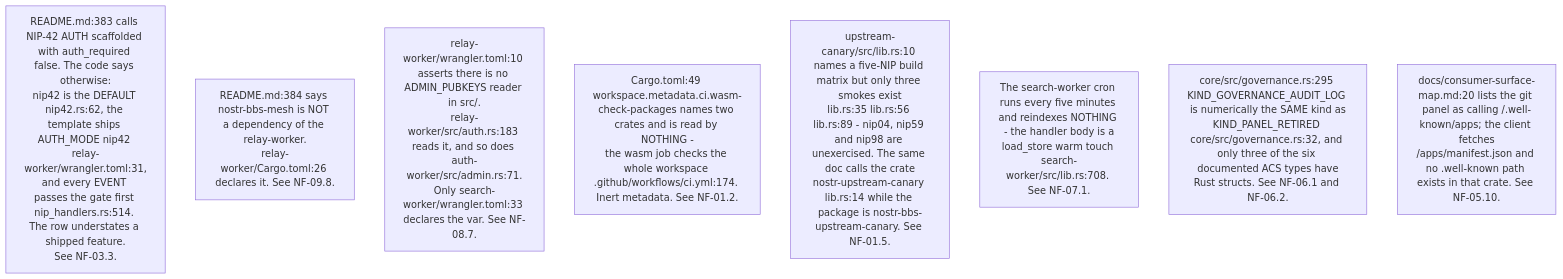
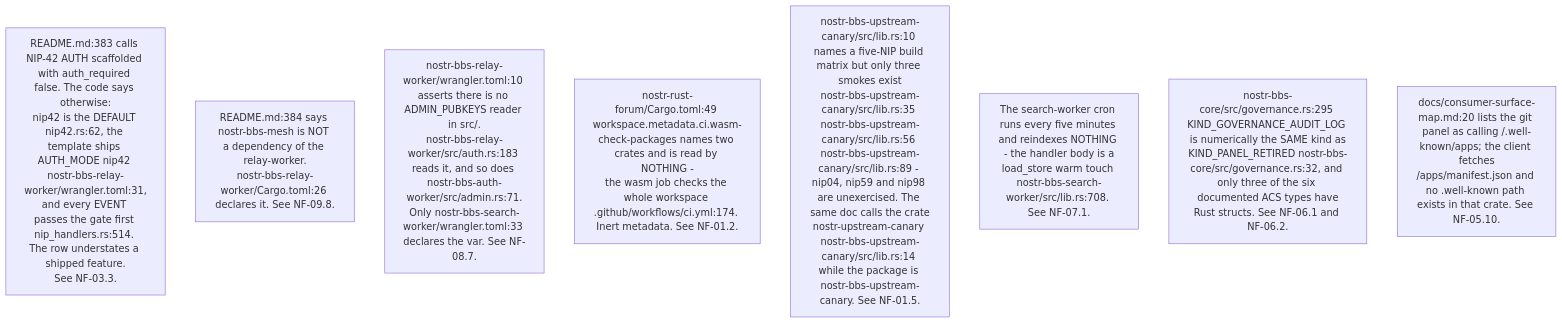
One commit to DreamLab-AI/VisionFlow changed the sixth of 10 diagrams in docs/diagrams/nostr-rust-forum/10-invariants-and-anomaly-register.md. Above: the diagram before and after it, drawn with Mermaid. The commit also changed other lines of this file and 185 other files, not shown here.

Commit message:
docs(estate): reconcile diagrams and ADRs with source and define closeout sprint

````diff
--- a/docs/diagrams/nostr-rust-forum/10-invariants-and-anomaly-register.md
+++ b/docs/diagrams/nostr-rust-forum/10-invariants-and-anomaly-register.md
@@ -127,11 +129,11 @@
 ```mermaid
 flowchart TB
-    DD1["README.md:383 calls NIP-42 AUTH scaffolded with auth_required false. The code says otherwise:<br/>nip42 is the DEFAULT nip42.rs:62, the template ships AUTH_MODE nip42 relay-worker/wrangler.toml:31,<br/>and every EVENT passes the gate first nip_handlers.rs:514. The row understates a shipped feature.<br/>See NF-03.3."]
-    DD2["README.md:384 says nostr-bbs-mesh is NOT a dependency of the relay-worker.<br/>relay-worker/Cargo.toml:26 declares it. See NF-09.8."]
-    DD3["relay-worker/wrangler.toml:10 asserts there is no ADMIN_PUBKEYS reader in src/.<br/>relay-worker/src/auth.rs:183 reads it, and so does auth-worker/src/admin.rs:71.<br/>Only search-worker/wrangler.toml:33 declares the var. See NF-08.7."]
-    DD4["Cargo.toml:49 workspace.metadata.ci.wasm-check-packages names two crates and is read by NOTHING -<br/>the wasm job checks the whole workspace .github/workflows/ci.yml:174. Inert metadata. See NF-01.2."]
-    DD5["upstream-canary/src/lib.rs:10 names a five-NIP build matrix but only three smokes exist<br/>lib.rs:35 lib.rs:56 lib.rs:89 - nip04, nip59 and nip98 are unexercised. The same doc calls the crate<br/>nostr-upstream-canary lib.rs:14 while the package is nostr-bbs-upstream-canary. See NF-01.5."]
-    DD6["The search-worker cron runs every five minutes and reindexes NOTHING - the handler body is a<br/>load_store warm touch search-worker/src/lib.rs:708. See NF-07.1."]
-    DD7["core/src/governance.rs:295 KIND_GOVERNANCE_AUDIT_LOG is numerically the SAME kind as<br/>KIND_PANEL_RETIRED core/src/governance.rs:32, and only three of the six documented ACS types have<br/>Rust structs. See NF-06.1 and NF-06.2."]
+    DD1["README.md:383 calls NIP-42 AUTH scaffolded with auth_required false. The code says otherwise:<br/>nip42 is the DEFAULT nip42.rs:62, the template ships AUTH_MODE nip42 nostr-bbs-relay-worker/wrangler.toml:31,<br/>and every EVENT passes the gate first nip_handlers.rs:514. The row understates a shipped feature.<br/>See NF-03.3."]
+    DD2["README.md:384 says nostr-bbs-mesh is NOT a dependency of the relay-worker.<br/>nostr-bbs-relay-worker/Cargo.toml:26 declares it. See NF-09.8."]
+    DD3["nostr-bbs-relay-worker/wrangler.toml:10 asserts there is no ADMIN_PUBKEYS reader in src/.<br/>nostr-bbs-relay-worker/src/auth.rs:183 reads it, and so does nostr-bbs-auth-worker/src/admin.rs:71.<br/>Only nostr-bbs-search-worker/wrangler.toml:33 declares the var. See NF-08.7."]
+    DD4["nostr-rust-forum/Cargo.toml:49 workspace.metadata.ci.wasm-check-packages names two crates and is read by NOTHING -<br/>the wasm job checks the whole workspace .github/workflows/ci.yml:174. Inert metadata. See NF-01.2."]
+    DD5["nostr-bbs-upstream-canary/src/lib.rs:10 names a five-NIP build matrix but only three smokes exist<br/>nostr-bbs-upstream-canary/src/lib.rs:35 nostr-bbs-upstream-canary/src/lib.rs:56 nostr-bbs-upstream-canary/src/lib.rs:89 - nip04, nip59 and nip98 are unexercised. The same doc calls the crate<br/>nostr-upstream-canary nostr-bbs-upstream-canary/src/lib.rs:14 while the package is nostr-bbs-upstream-canary. See NF-01.5."]
+    DD6["The search-worker cron runs every five minutes and reindexes NOTHING - the handler body is a<br/>load_store warm touch nostr-bbs-search-worker/src/lib.rs:708. See NF-07.1."]
+    DD7["nostr-bbs-core/src/governance.rs:295 KIND_GOVERNANCE_AUDIT_LOG is numerically the SAME kind as<br/>KIND_PANEL_RETIRED nostr-bbs-core/src/governance.rs:32, and only three of the six documented ACS types have<br/>Rust structs. See NF-06.1 and NF-06.2."]
     DD8["docs/consumer-surface-map.md:20 lists the git panel as calling /.well-known/apps; the client fetches<br/>/apps/manifest.json and no .well-known path exists in that crate. See NF-05.10."]
 ```
````
